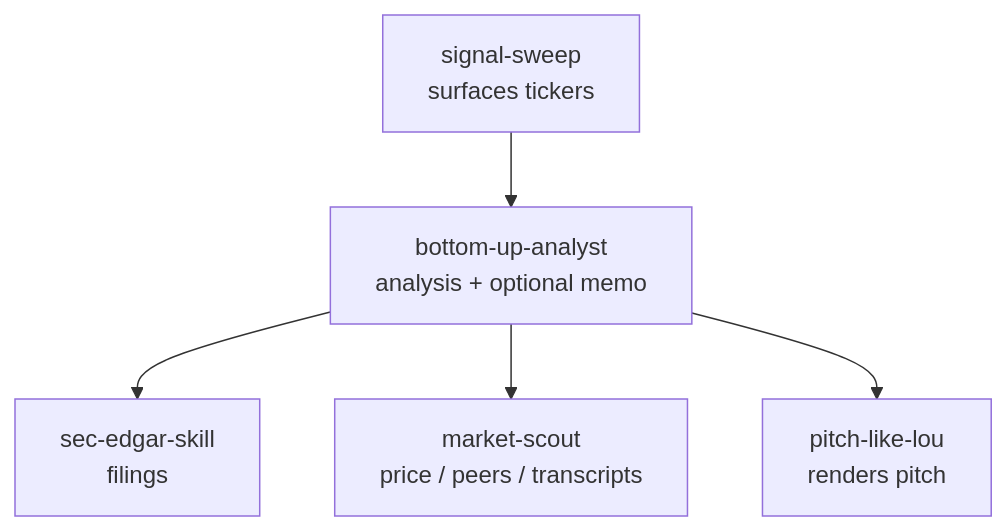
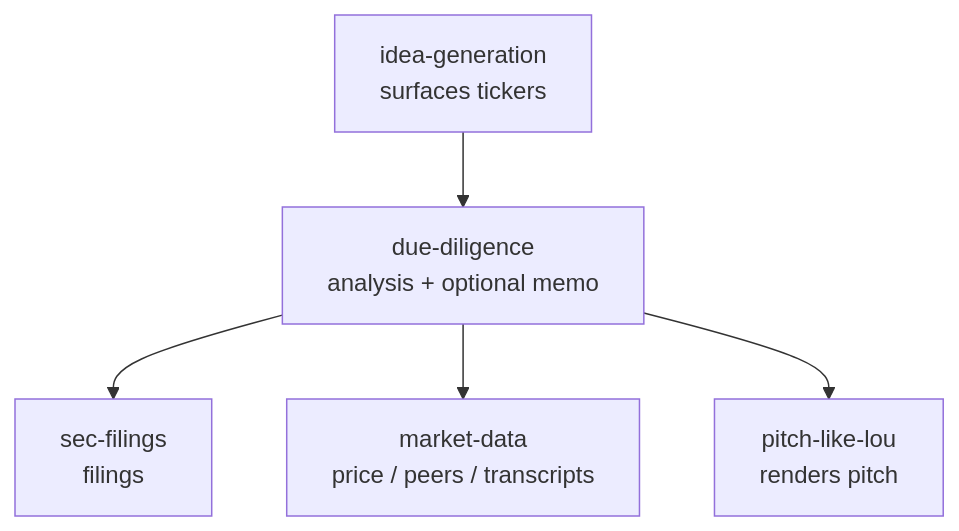
The diagram in context/MAP.md (eggmasonvalue/secstack), drawn with Mermaid before and after one commit. The commit also changed other lines of this file and 97 other files, not shown here.

````diff
--- a/context/MAP.md
+++ b/context/MAP.md
@@ -66,7 +67,7 @@
 ```mermaid
 flowchart TD
-    SS[signal-sweep<br/>surfaces tickers] --> BUA[bottom-up-analyst<br/>analysis + optional memo]
-    BUA --> SEC[sec-edgar-skill<br/>filings]
-    BUA --> MS[market-scout<br/>price / peers / transcripts]
+    SS[idea-generation<br/>surfaces tickers] --> BUA[due-diligence<br/>analysis + optional memo]
+    BUA --> SEC[sec-filings<br/>filings]
+    BUA --> MS[market-data<br/>price / peers / transcripts]
     BUA --> PLL[pitch-like-lou<br/>renders pitch]
 ```
````
